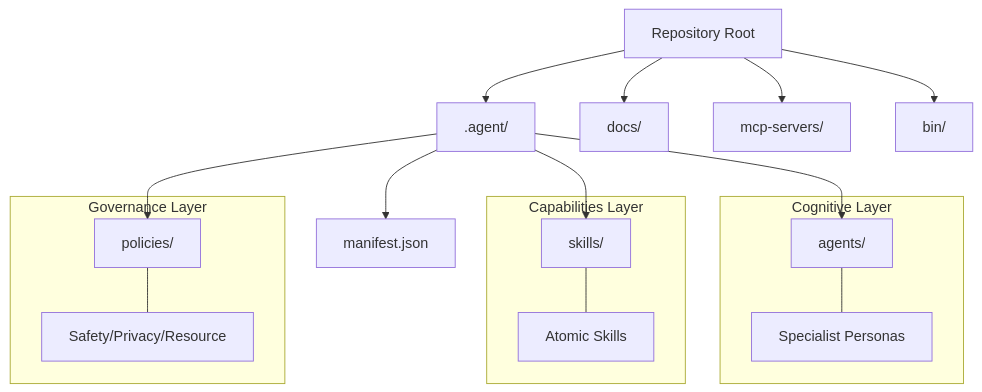
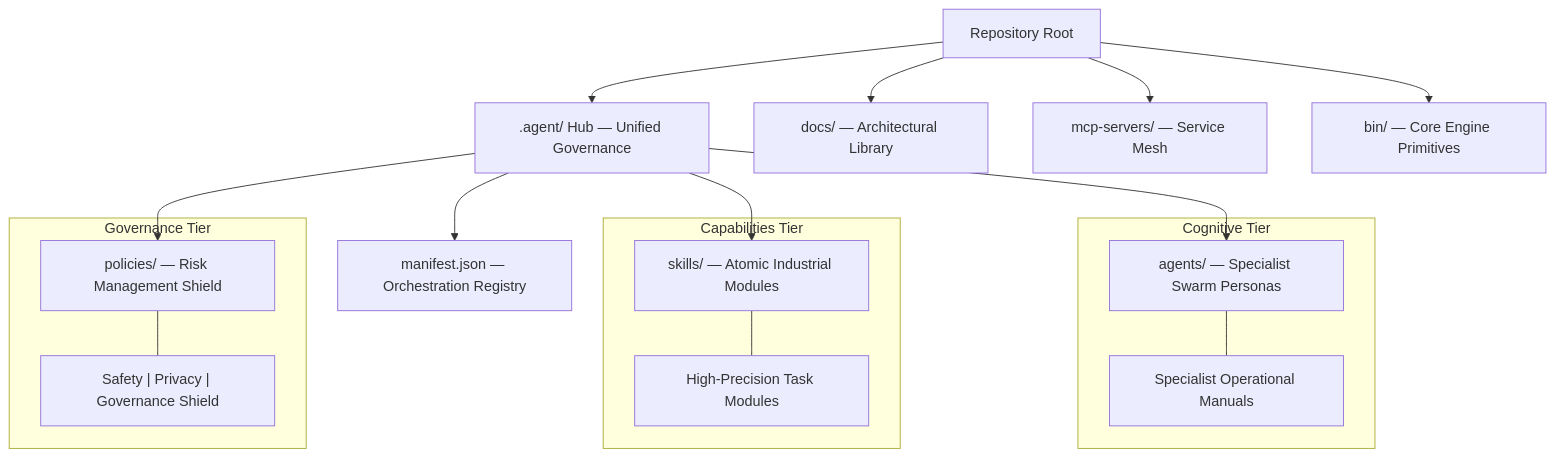
The first of 3 diagrams in docs/repository-architecture.md (rb1whitney/agentic-project-factory), drawn with Mermaid before and after one commit. The commit also changed other lines of this file and 46 other files, not shown here.

Commit message:
feat(infra): elevate factory architecture to executive standards

````diff
--- a/docs/repository-architecture.md
+++ b/docs/repository-architecture.md
@@ -9,25 +10,25 @@
 ```mermaid
 graph TD
     Root[Repository Root]
-    Root --> Hub[.agent/]
-    Root --> Docs[docs/]
-    Root --> MCP[mcp-servers/]
-    Root --> Bin[bin/]
+    Root --> Hub[".agent/ Hub — Unified Governance"]
+    Root --> Docs["docs/ — Architectural Library"]
+    Root --> MCP["mcp-servers/ — Service Mesh"]
+    Root --> Bin["bin/ — Core Engine Primitives"]
 
-    Hub --> Agents[agents/]
-    Hub --> Skills[skills/]
-    Hub --> Policies[policies/]
-    Hub --> Manifest[manifest.json]
+    Hub --> Agents["agents/ — Specialist Swarm Personas"]
+    Hub --> Skills["skills/ — Atomic Industrial Modules"]
+    Hub --> Policies["policies/ — Risk Management Shield"]
+    Hub --> Manifest["manifest.json — Orchestration Registry"]
 
-    subgraph "Cognitive Layer"
-        Agents --- Manuals[Specialist Personas]
+    subgraph "Cognitive Tier"
+        Agents --- Manuals["Specialist Operational Manuals"]
     end
 
-    subgraph "Capabilities Layer"
-        Skills --- ExpertFunctions[Atomic Skills]
+    subgraph "Capabilities Tier"
+        Skills --- ExpertFunctions["High-Precision Task Modules"]
     end
 
-    subgraph "Governance Layer"
-        Policies --- LethalTrifecta[Safety/Privacy/Resource]
+    subgraph "Governance Tier"
+        Policies --- LethalTrifecta["Safety | Privacy | Governance Shield"]
     end
 ```
````
